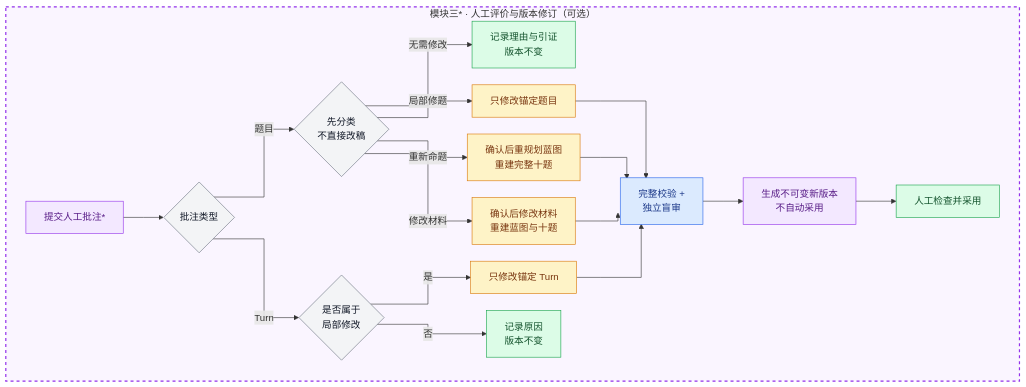
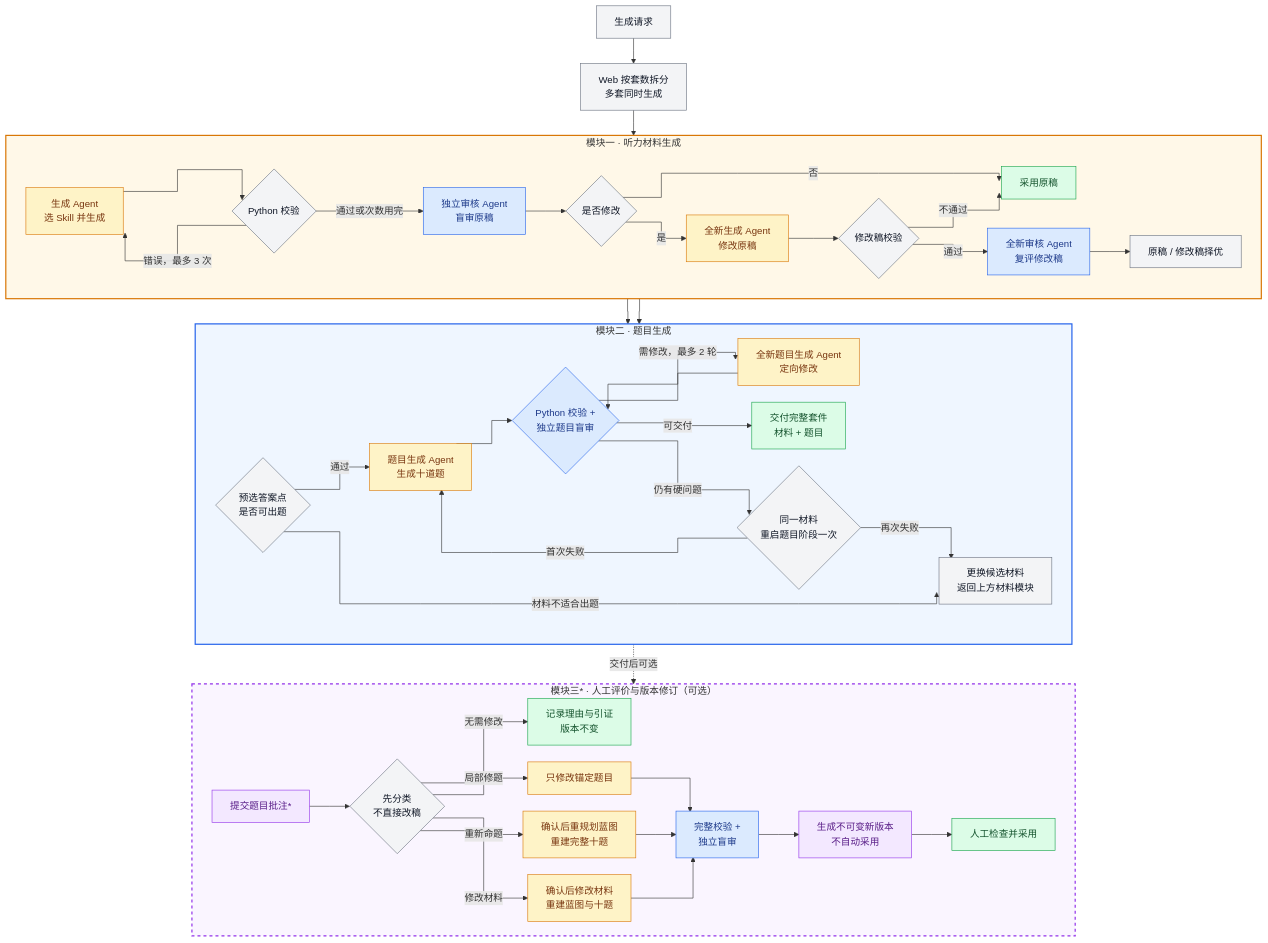
Before and after one commit to wanglingxiao123/ielts-part1-generator: the second of 2 diagrams in README.md, drawn with Mermaid.

Commit message:
docs: restore original agent loop mermaid

````diff
--- a/README.md
+++ b/README.md
@@ -330,34 +266,68 @@
 ```mermaid
 %%{init: {"flowchart": {"curve": "stepAfter", "nodeSpacing": 28, "rankSpacing": 42}}}%%
-flowchart LR
+flowchart TB
+    Q["生成请求"] --> F["Web 按套数拆分<br/>多套同时生成"]
+
+    subgraph MATERIAL["模块一 · 听力材料生成"]
+        direction LR
+        G["生成 Agent<br/>选 Skill 并生成"]
+        G --> V{"Python 校验"}
+        V -- "错误，最多 3 次" --> G
+        V -- "通过或次数用完" --> A["独立审核 Agent<br/>盲审原稿"]
+        A --> X{"是否修改"}
+        X -- "否" --> O["采用原稿"]
+        X -- "是" --> R["全新生成 Agent<br/>修改原稿"]
+        R --> C{"修改稿校验"}
+        C -- "不通过" --> O
+        C -- "通过" --> E["全新审核 Agent<br/>复评修改稿"]
+        E --> B["原稿 / 修改稿择优"]
+    end
+
+    F --> G
+    O --> P
+    B --> P
+
+    subgraph QUESTIONS["模块二 · 题目生成"]
+        direction LR
+        P{"预选答案点<br/>是否可出题"}
+        P -- "通过" --> T["题目生成 Agent<br/>生成十道题"]
+        T --> H{"Python 校验 +<br/>独立题目盲审"}
+        H -- "需修改，最多 2 轮" --> J["全新题目生成 Agent<br/>定向修改"]
+        J --> H
+        H -- "可交付" --> D["交付完整套件<br/>材料 + 题目"]
+        H -- "仍有硬问题" --> K{"同一材料<br/>重启题目阶段一次"}
+        K -- "首次失败" --> T
+        K -- "再次失败" --> W["更换候选材料<br/>返回上方材料模块"]
+        P -- "材料不适合出题" --> W
+    end
+
+    D -. "交付后可选" .-> CM
+
     subgraph REVISION["模块三* · 人工评价与版本修订（可选）"]
         direction LR
-        CM["提交人工批注*"] --> CT{"批注类型"}
-        CT -- "题目" --> CL{"先分类<br/>不直接改稿"}
-        CT -- "Turn" --> TL{"是否属于<br/>局部修改"}
+        CM["提交题目批注*"] --> CL{"先分类<br/>不直接改稿"}
         CL -- "无需修改" --> NC["记录理由与引证<br/>版本不变"]
         CL -- "局部修题" --> QR["只修改锚定题目"]
         CL -- "重新命题" --> RP["确认后重规划蓝图<br/>重建完整十题"]
         CL -- "修改材料" --> MR["确认后修改材料<br/>重建蓝图与十题"]
-        TL -- "是" --> LR["只修改锚定 Turn"]
-        TL -- "否" --> LN["记录原因<br/>版本不变"]
         QR --> QA["完整校验 +<br/>独立盲审"]
         RP --> QA
         MR --> QA
-        LR --> QA
         QA --> NV["生成不可变新版本<br/>不自动采用"]
         NV --> AD["人工检查并采用"]
     end
 
     classDef ai fill:#fef3c7,stroke:#d97706,color:#78350f;
     classDef audit fill:#dbeafe,stroke:#2563eb,color:#1e3a8a;
     classDef code fill:#f3f4f6,stroke:#6b7280,color:#111827;
     classDef done fill:#dcfce7,stroke:#16a34a,color:#14532d;
     classDef optional fill:#f3e8ff,stroke:#9333ea,color:#581c87;
-    class QR,RP,MR,LR ai;
-    class QA audit;
-    class CT,CL,TL code;
+    class G,R,T,J,QR,RP,MR ai;
+    class A,E,H,QA audit;
+    class Q,F,V,X,C,B,P,K,W,CL code;
     class CM,NV optional;
-    class NC,LN,AD done;
+    class O,D,NC,AD done;
+    style MATERIAL fill:#fff8e8,stroke:#d97706,stroke-width:2px;
+    style QUESTIONS fill:#eff6ff,stroke:#2563eb,stroke-width:2px;
     style REVISION fill:#faf5ff,stroke:#9333ea,stroke-width:2px,stroke-dasharray:5 5;
 ```
````
